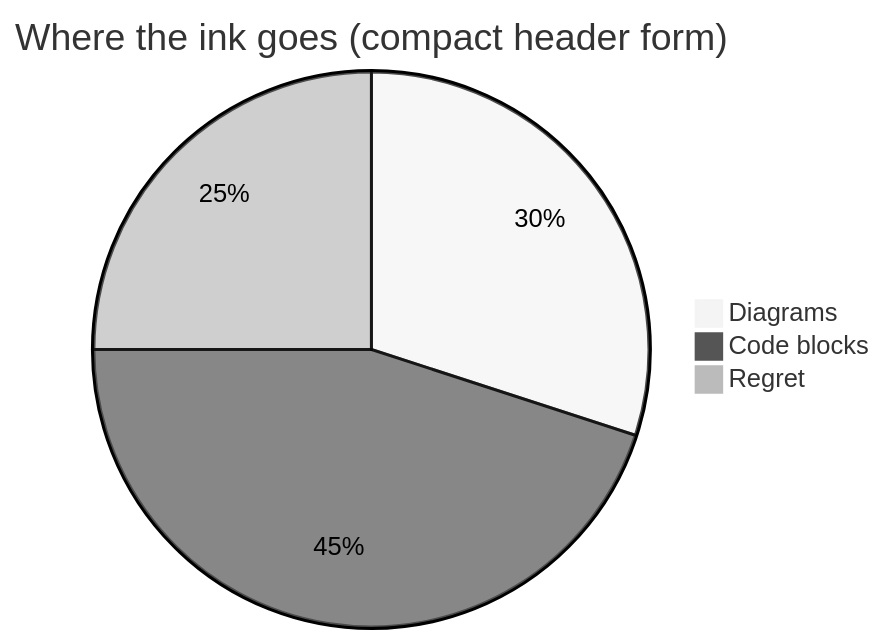
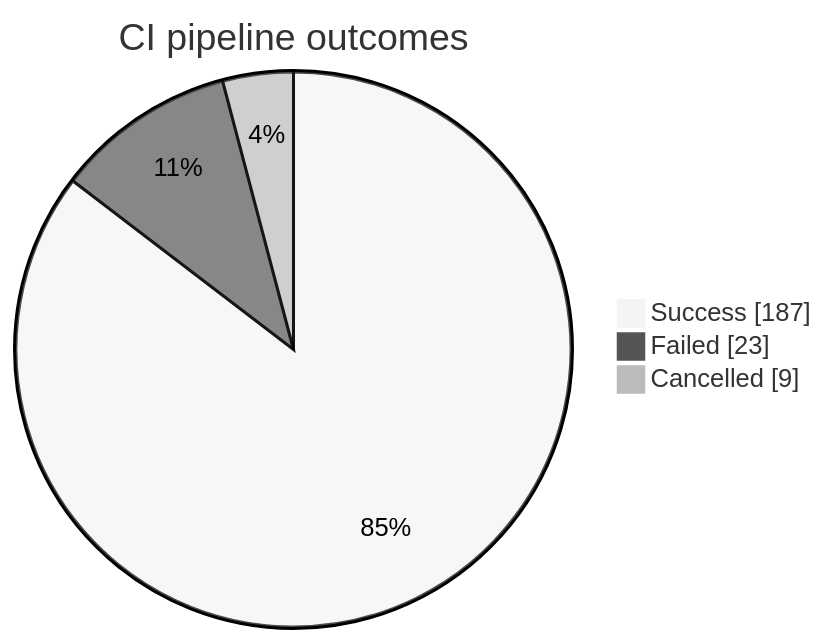
One commit to nullean/mermaider changed diagram 15 of 27 in tests/Mermaider.Tests/Fixtures/mermaid.md. Above: the diagram before and after it, drawn with Mermaid (neutral theme). The commit also changed other lines of this file, not shown here.

Commit message:
Rewrite mermaid.md fixture to be Mermaider-focused, remove WinPrint references

````diff
--- a/tests/Mermaider.Tests/Fixtures/mermaid.md
+++ b/tests/Mermaider.Tests/Fixtures/mermaid.md
@@ -226,6 +210,6 @@
 ```mermaid
-pie title Where the ink goes (compact header form)
-    "Diagrams" : 30
-    "Code blocks" : 45
-    "Regret" : 25
+pie showData title CI pipeline outcomes
+    "Success" : 187
+    "Failed" : 23
+    "Cancelled" : 9
 ```
````
